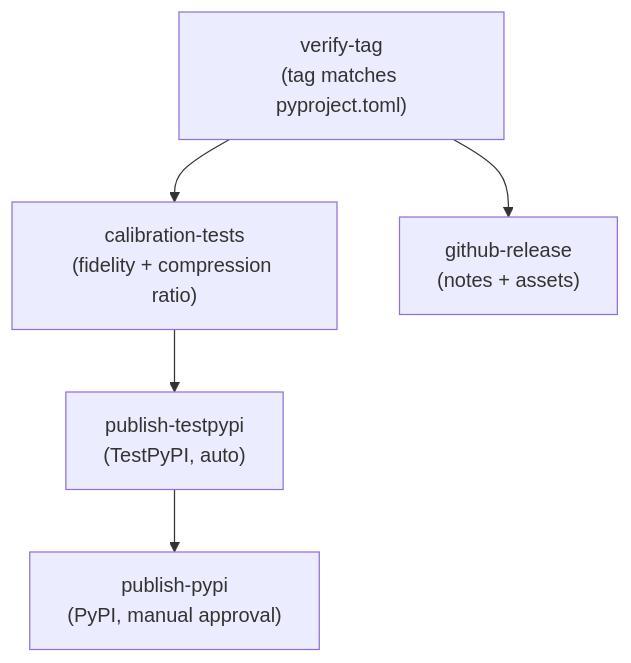
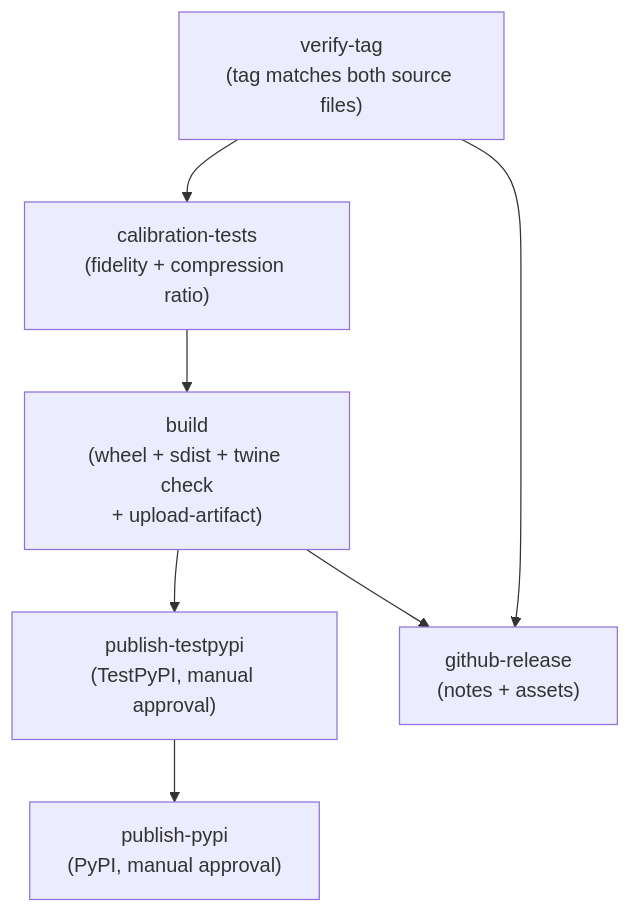
Before and after one commit to better-with-models/TinyQuant: the diagram in docs/CD-plan/release-workflow.md, drawn with Mermaid. The commit also changed other lines of this file, not shown here.

````diff
--- a/docs/CD-plan/release-workflow.md
+++ b/docs/CD-plan/release-workflow.md
@@ -47,13 +57,16 @@
 ```mermaid
 graph TD
-    VERIFY["verify-tag<br/>(tag matches pyproject.toml)"]
+    VERIFY["verify-tag<br/>(tag matches both source files)"]
     CAL["calibration-tests<br/>(fidelity + compression ratio)"]
-    TESTPYPI["publish-testpypi<br/>(TestPyPI, auto)"]
+    BUILD["build<br/>(wheel + sdist + twine check<br/>+ upload-artifact)"]
+    TESTPYPI["publish-testpypi<br/>(TestPyPI, manual approval)"]
     PYPI["publish-pypi<br/>(PyPI, manual approval)"]
     GHR["github-release<br/>(notes + assets)"]
 
     VERIFY --> CAL
-    CAL --> TESTPYPI
+    CAL --> BUILD
+    BUILD --> TESTPYPI
     TESTPYPI --> PYPI
+    BUILD --> GHR
     VERIFY --> GHR
 ```
````
